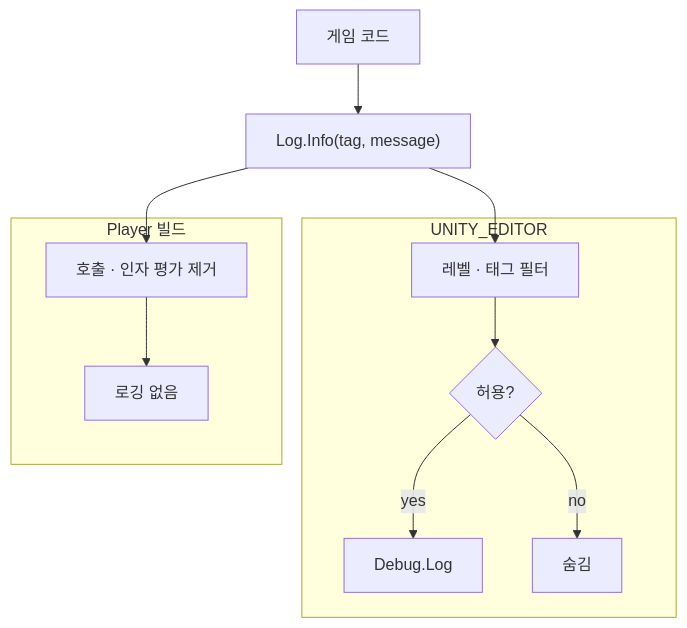
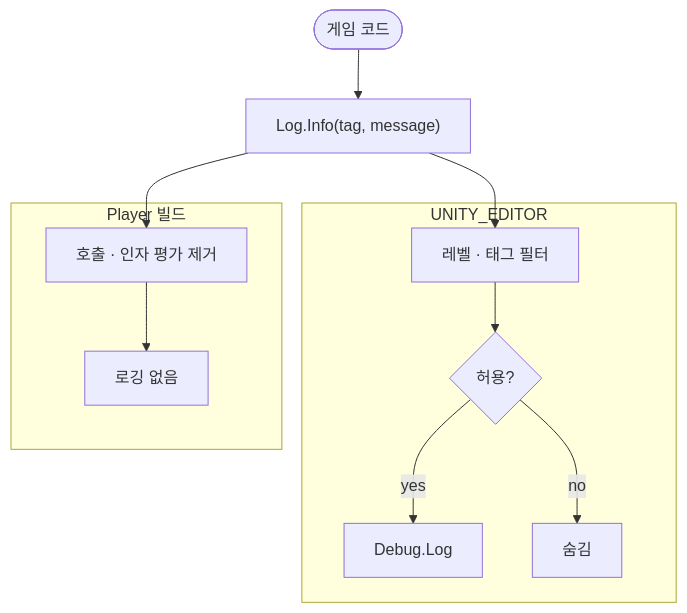
Before and after one commit to monet5379/monet5379.github.io: the diagram in notes/conditional-log-build-cost.md, drawn with Mermaid. The commit also changed 4 other files, not shown here.

Commit message:
fix(notes): 엔진·문제해결 Mermaid visual · excel-json 캡션

````diff
--- a/notes/conditional-log-build-cost.md
+++ b/notes/conditional-log-build-cost.md
@@ -48,17 +48,18 @@
 ```mermaid
 flowchart TD
-  G["게임 코드"] --> L["Log.Info(tag, message)"]
+  G(["게임 코드"])
+  G --> L["Log.Info(tag, message)"]
 
   subgraph EDITOR["UNITY_EDITOR"]
     F["레벨 · 태그 필터"] --> A{"허용?"}
     A -->|yes| DL["Debug.Log"]
     A -->|no| H["숨김"]
   end
 
   subgraph PLAYER["Player 빌드"]
     S["호출 · 인자 평가 제거"] --> NL["로깅 없음"]
   end
 
   L --> F
   L --> S
 ```
````
